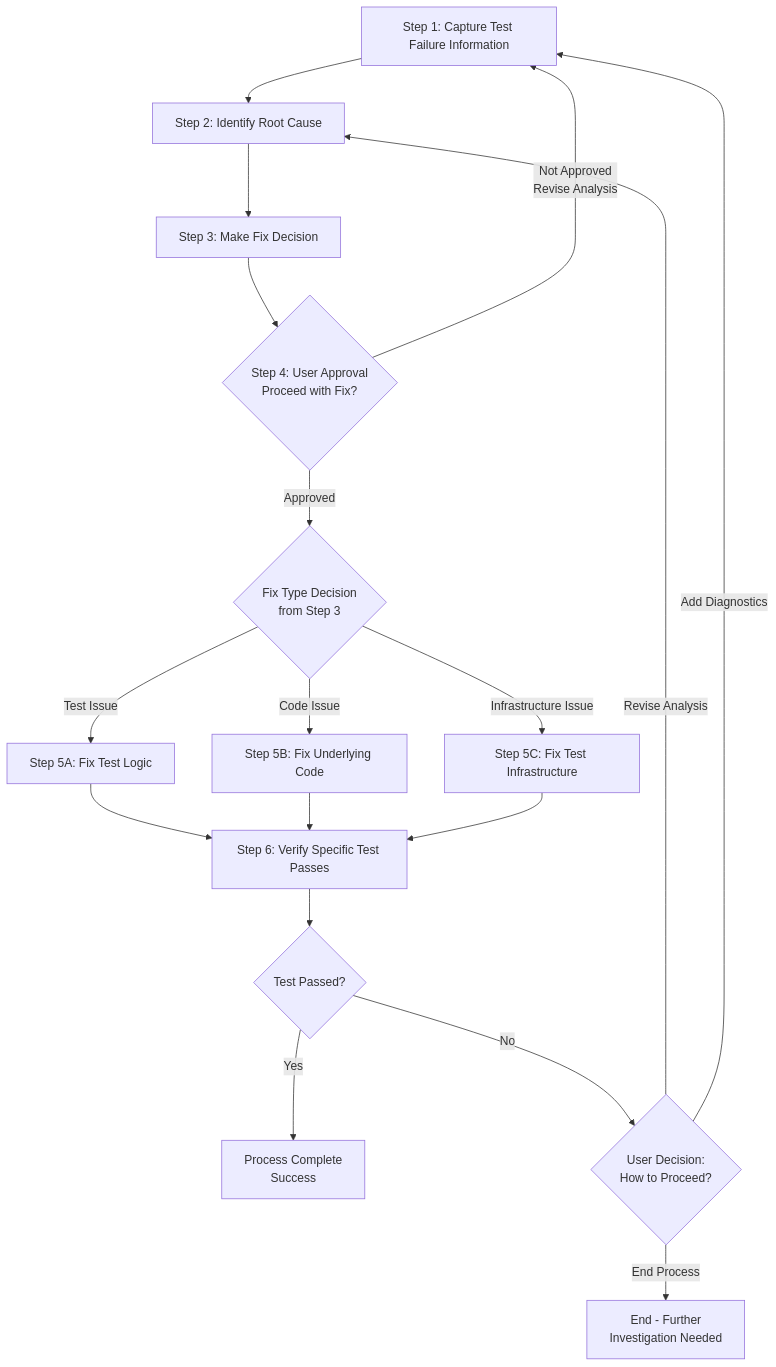
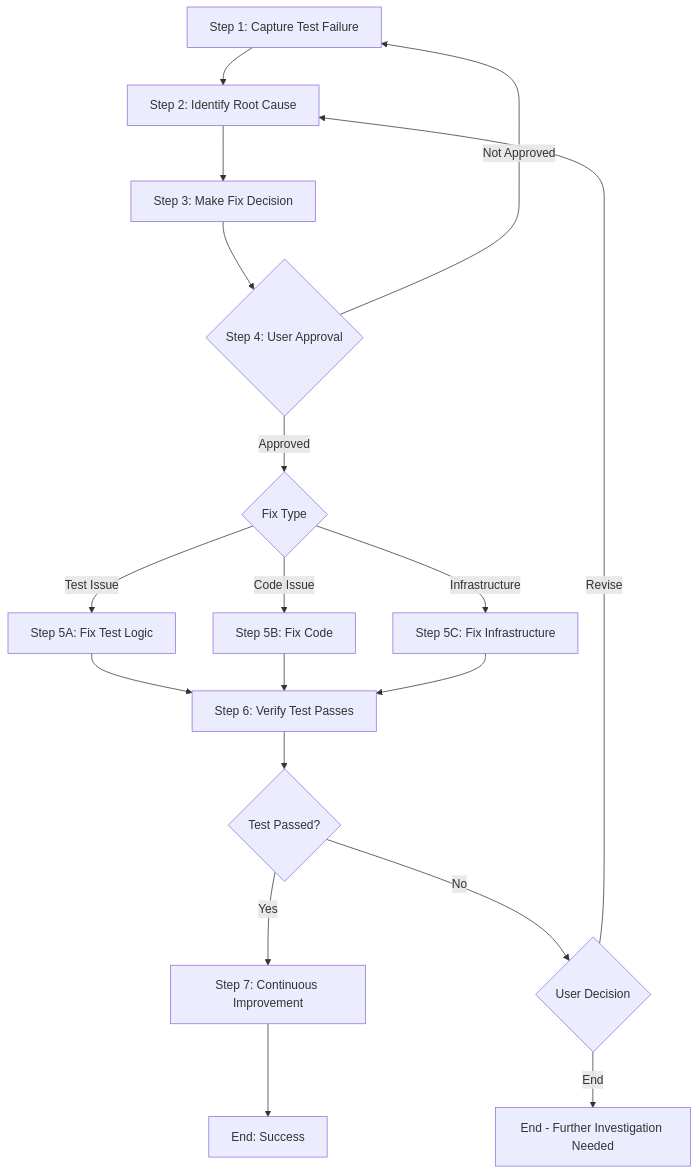
The diagram in .processes/templates/testing/integration-test-fix.md (HMTools/agentic-processes), drawn with Mermaid before and after one commit. The commit also changed other lines of this file and 77 other files, not shown here.

First line of the commit message:
Transforms to JSON-first agent architecture

````diff
--- a/.processes/templates/testing/integration-test-fix.md
+++ b/.processes/templates/testing/integration-test-fix.md
@@ -63,20 +39,20 @@
 ```mermaid
 graph TD
-    A[Step 1: Capture Test Failure Information] --> B[Step 2: Identify Root Cause]
+    A[Step 1: Capture Test Failure] --> B[Step 2: Identify Root Cause]
     B --> C[Step 3: Make Fix Decision]
-    C --> D{Step 4: User Approval<br/>Proceed with Fix?}
-    D -->|Approved| E{Fix Type Decision<br/>from Step 3}
-    D -->|Not Approved<br/>Revise Analysis| A
+    C --> D{Step 4: User Approval}
+    D -->|Approved| E{Fix Type}
+    D -->|Not Approved| A
     E -->|Test Issue| F[Step 5A: Fix Test Logic]
-    E -->|Code Issue| G[Step 5B: Fix Underlying Code]
-    E -->|Infrastructure Issue| H[Step 5C: Fix Test Infrastructure]
-    F --> I[Step 6: Verify Specific Test Passes]
+    E -->|Code Issue| G[Step 5B: Fix Code]
+    E -->|Infrastructure| H[Step 5C: Fix Infrastructure]
+    F --> I[Step 6: Verify Test Passes]
     G --> I
     H --> I
     I --> J{Test Passed?}
-    J -->|Yes| K[Process Complete<br/>Success]
-    J -->|No| L{User Decision:<br/>How to Proceed?}
-    L -->|Revise Analysis| B
-    L -->|Add Diagnostics| A
-    L -->|End Process| M[End - Further<br/>Investigation Needed]
+    J -->|Yes| K[Step 7: Continuous Improvement]
+    J -->|No| L{User Decision}
+    L -->|Revise| B
+    L -->|End| M[End - Further Investigation Needed]
+    K --> N[End: Success]
 ```
````
